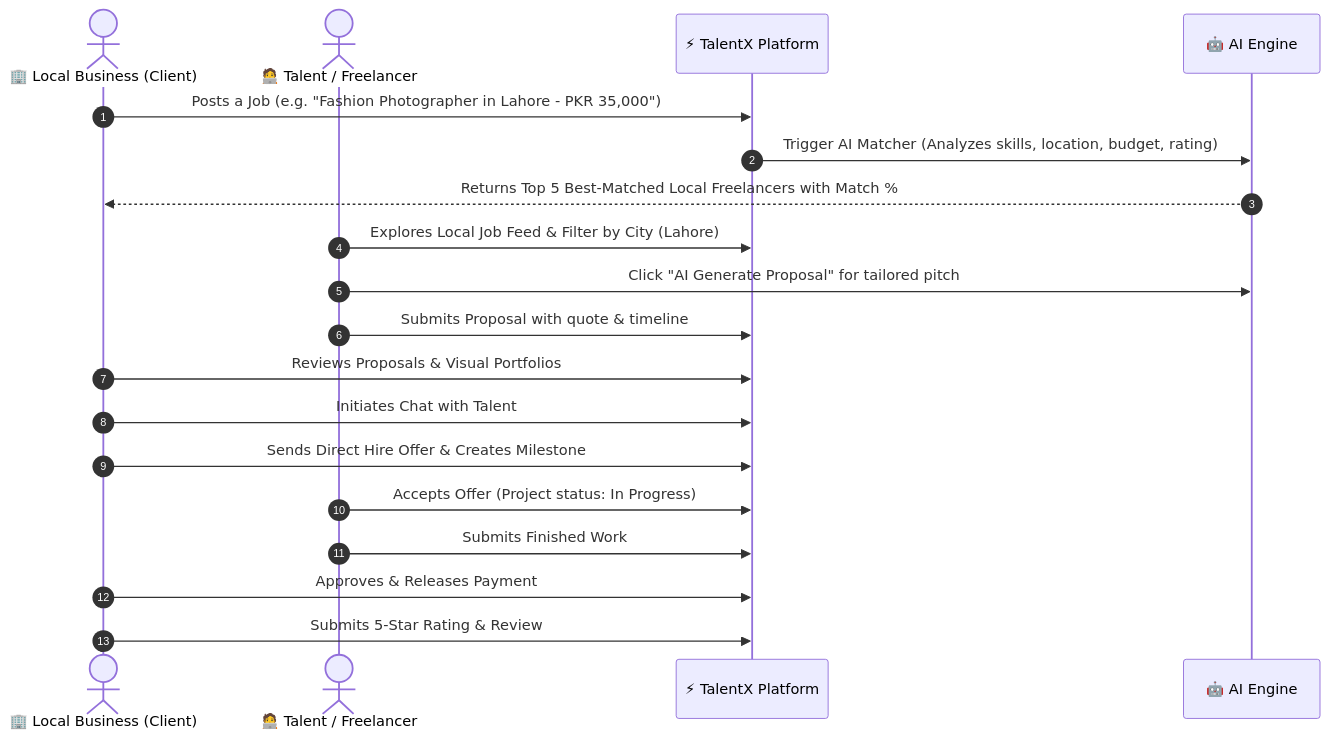
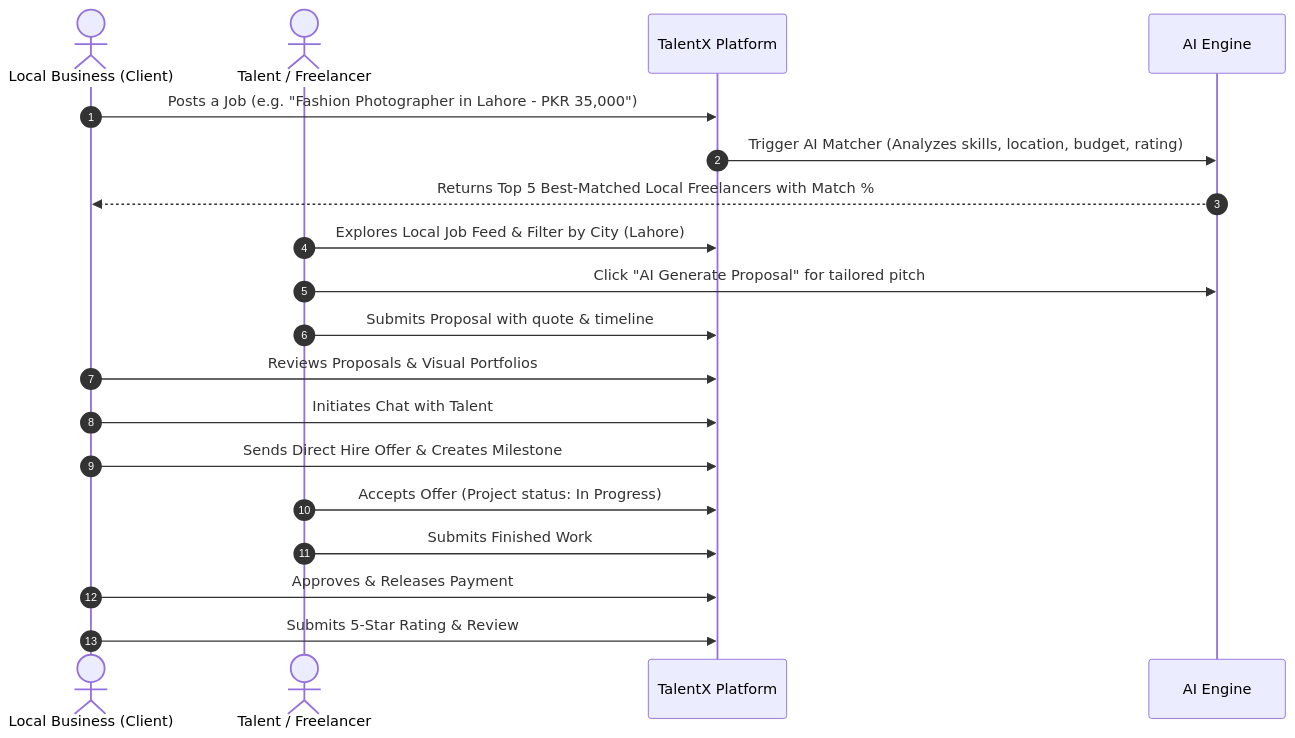
One commit to maaz-ahmad06/TalentX changed the second of 2 diagrams in ARCHITECTURE.md. Above: the diagram before and after it, drawn with Mermaid. The commit also changed other lines of this file and 15 other files, not shown here.

````diff
--- a/ARCHITECTURE.md
+++ b/ARCHITECTURE.md
@@ -63,29 +63,29 @@
 ```mermaid
 sequenceDiagram
     autonumber
-    actor Business as 🏢 Local Business (Client)
-    actor Talent as 🧑‍💻 Talent / Freelancer
-    participant App as ⚡ TalentX Platform
-    participant AI as 🤖 AI Engine
+    actor Business as Local Business (Client)
+    actor Talent as Talent / Freelancer
+    participant App as TalentX Platform
+    participant AI as AI Engine
 
     %% Flow 1: Job Posting & AI Matching
     Business->>App: Posts a Job (e.g. "Fashion Photographer in Lahore - PKR 35,000")
     App->>AI: Trigger AI Matcher (Analyzes skills, location, budget, rating)
     AI-->>Business: Returns Top 5 Best-Matched Local Freelancers with Match %
     
     %% Flow 2: Exploration & Proposal
     Talent->>App: Explores Local Job Feed & Filter by City (Lahore)
     Talent->>AI: Click "AI Generate Proposal" for tailored pitch
     Talent->>App: Submits Proposal with quote & timeline
     
     %% Flow 3: Interview & Direct Hiring
     Business->>App: Reviews Proposals & Visual Portfolios
     Business->>App: Initiates Chat with Talent
     Business->>App: Sends Direct Hire Offer & Creates Milestone
     Talent->>App: Accepts Offer (Project status: In Progress)
     
     %% Flow 4: Delivery & Reviews
     Talent->>App: Submits Finished Work
     Business->>App: Approves & Releases Payment
     Business->>App: Submits 5-Star Rating & Review
 ```
````
